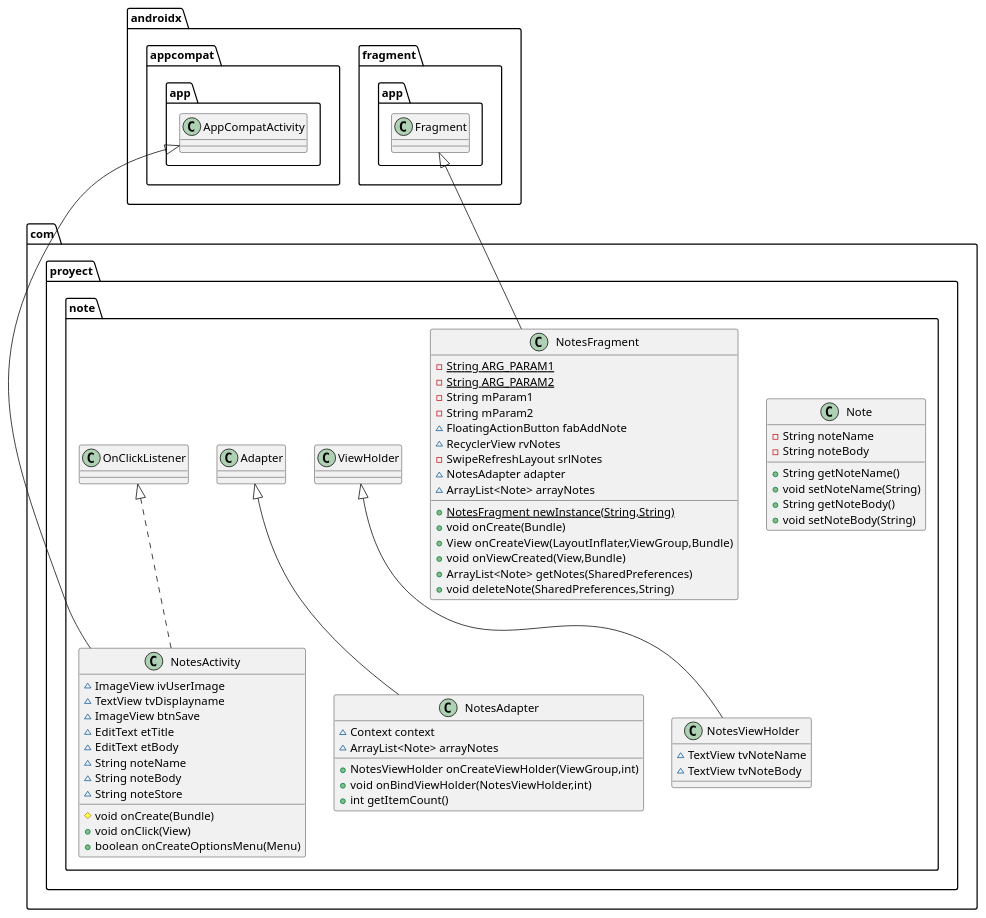
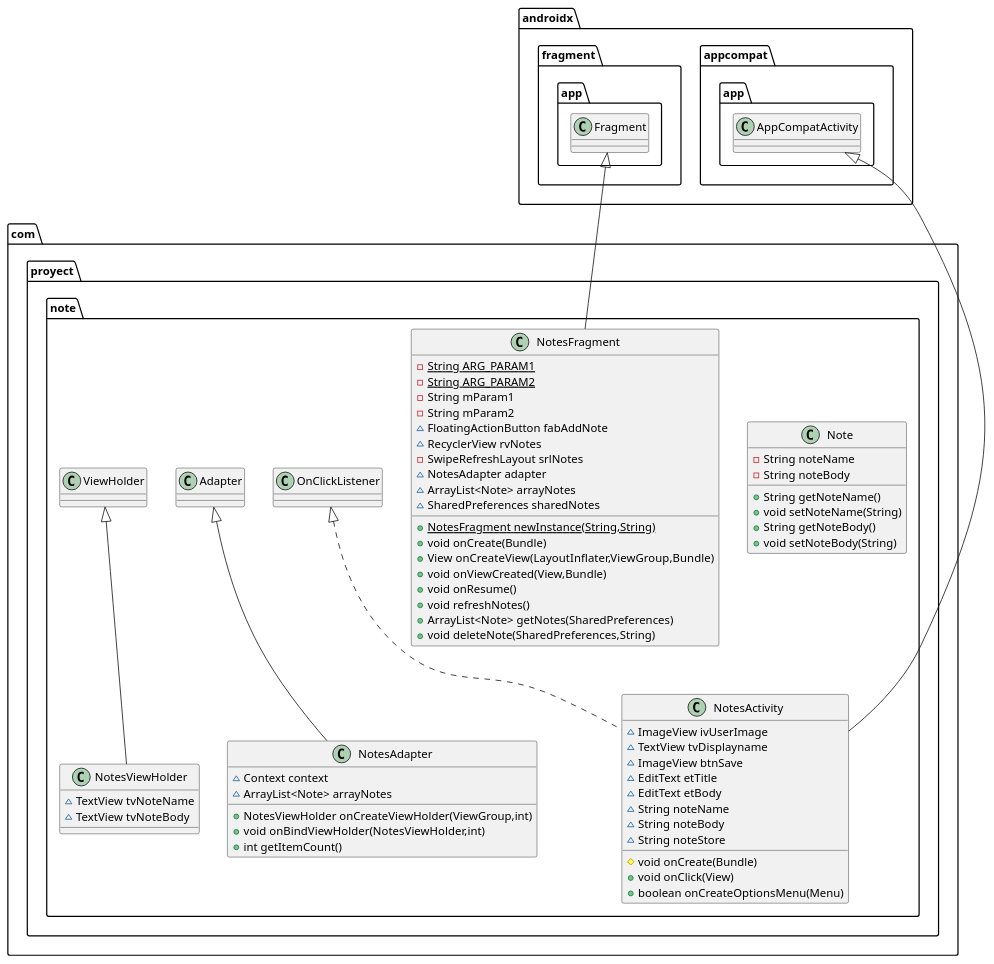
One commit to Diroween/Eventia changed the diagram in DOCUMENTOS/Diagramas y esquemas/noteUML.puml. Above: the diagram before and after it, drawn with PlantUML. The commit also changed 18 other files, not shown here.

```diff
--- a/DOCUMENTOS/Diagramas y esquemas/noteUML.puml
+++ b/DOCUMENTOS/Diagramas y esquemas/noteUML.puml
@@ -1,67 +1,70 @@
 @startuml
 class com.proyect.note.Note {
 - String noteName
 - String noteBody
 + String getNoteName()
 + void setNoteName(String)
 + String getNoteBody()
 + void setNoteBody(String)
 }
 
 
-class com.proyect.note.NotesViewHolder {
-~ TextView tvNoteName
-~ TextView tvNoteBody
-}
-
-class com.proyect.note.NotesAdapter {
-~ Context context
+class com.proyect.note.NotesFragment {
+- {static} String ARG_PARAM1
+- {static} String ARG_PARAM2
+- String mParam1
+- String mParam2
+~ FloatingActionButton fabAddNote
+~ RecyclerView rvNotes
+- SwipeRefreshLayout srlNotes
+~ NotesAdapter adapter
 ~ ArrayList<Note> arrayNotes
-+ NotesViewHolder onCreateViewHolder(ViewGroup,int)
-+ void onBindViewHolder(NotesViewHolder,int)
-+ int getItemCount()
+~ SharedPreferences sharedNotes
++ {static} NotesFragment newInstance(String,String)
++ void onCreate(Bundle)
++ View onCreateView(LayoutInflater,ViewGroup,Bundle)
++ void onViewCreated(View,Bundle)
++ void onResume()
++ void refreshNotes()
++ ArrayList<Note> getNotes(SharedPreferences)
++ void deleteNote(SharedPreferences,String)
 }
 
 
 class com.proyect.note.NotesActivity {
 ~ ImageView ivUserImage
 ~ TextView tvDisplayname
 ~ ImageView btnSave
 ~ EditText etTitle
 ~ EditText etBody
 ~ String noteName
 ~ String noteBody
 ~ String noteStore
 # void onCreate(Bundle)
 + void onClick(View)
 + boolean onCreateOptionsMenu(Menu)
 }
 
 
-class com.proyect.note.NotesFragment {
-- {static} String ARG_PARAM1
-- {static} String ARG_PARAM2
-- String mParam1
-- String mParam2
-~ FloatingActionButton fabAddNote
-~ RecyclerView rvNotes
-- SwipeRefreshLayout srlNotes
-~ NotesAdapter adapter
+class com.proyect.note.NotesAdapter {
+~ Context context
 ~ ArrayList<Note> arrayNotes
-+ {static} NotesFragment newInstance(String,String)
-+ void onCreate(Bundle)
-+ View onCreateView(LayoutInflater,ViewGroup,Bundle)
-+ void onViewCreated(View,Bundle)
-+ ArrayList<Note> getNotes(SharedPreferences)
-+ void deleteNote(SharedPreferences,String)
++ NotesViewHolder onCreateViewHolder(ViewGroup,int)
++ void onBindViewHolder(NotesViewHolder,int)
++ int getItemCount()
+}
+
+
+class com.proyect.note.NotesViewHolder {
+~ TextView tvNoteName
+~ TextView tvNoteBody
 }
 
 
 
-
-com.proyect.note.ViewHolder <|-- com.proyect.note.NotesViewHolder
-com.proyect.note.Adapter <|-- com.proyect.note.NotesAdapter
+androidx.fragment.app.Fragment <|-- com.proyect.note.NotesFragment
 com.proyect.note.OnClickListener <|.. com.proyect.note.NotesActivity
 androidx.appcompat.app.AppCompatActivity <|-- com.proyect.note.NotesActivity
-androidx.fragment.app.Fragment <|-- com.proyect.note.NotesFragment
+com.proyect.note.Adapter <|-- com.proyect.note.NotesAdapter
+com.proyect.note.ViewHolder <|-- com.proyect.note.NotesViewHolder
 @enduml
```
